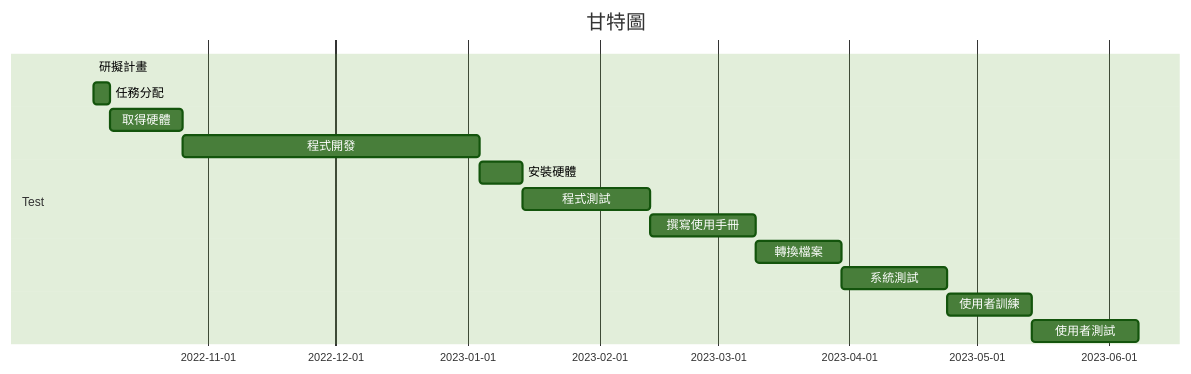
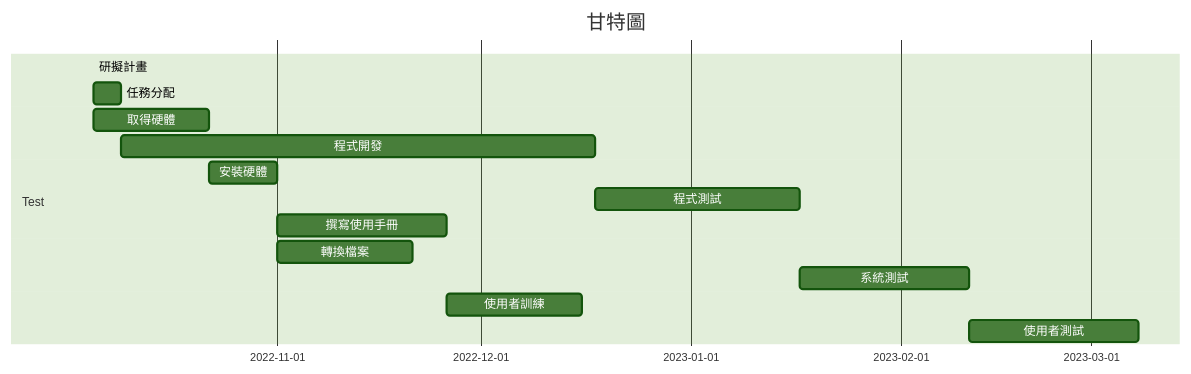
One commit to linyuxian225/hw2 changed the diagram in README.md. Above: the diagram before and after it, drawn with Mermaid (forest theme). The commit also changed other lines of this file, not shown here.

````diff
--- a/README.md
+++ b/README.md
@@ -2,18 +2,18 @@
 ```mermaid
 gantt
    title 甘特圖
    
    section Test
-   研擬計畫:done,a1, 2022-10-05,2022-10-06
+   研擬計畫:a1, 2022-10-05,2022-10-06
    任務分配:a2, after a1, 4d
-   取得硬體:a3, after a2, 17d
-   程式開發:a4, after a3, 70d
-   安裝硬體:a5, after a4, 10d
-   程式測試:a6 ,after a5, 30d
-   撰寫使用手冊:a7, after a6, 25d
-   轉換檔案:a8, after a7, 20d
-   系統測試:a9, after a8, 25d
-   使用者訓練:a10, after a9, 20d
-   使用者測試:a11, after a10, 25d
+   取得硬體:a3, after a1, 17d
+   程式開發:a4, after a2, 70d
+   安裝硬體:a5, after a3, 10d
+   程式測試:a6 ,after a4, 30d
+   撰寫使用手冊:a7, after a5, 25d
+   轉換檔案:a8, after a5, 20d
+   系統測試:a9, after a6, 25d
+   使用者訓練:a10, after a7, 20d
+   使用者測試:a11, after a9, 25d
    
 ```
````
